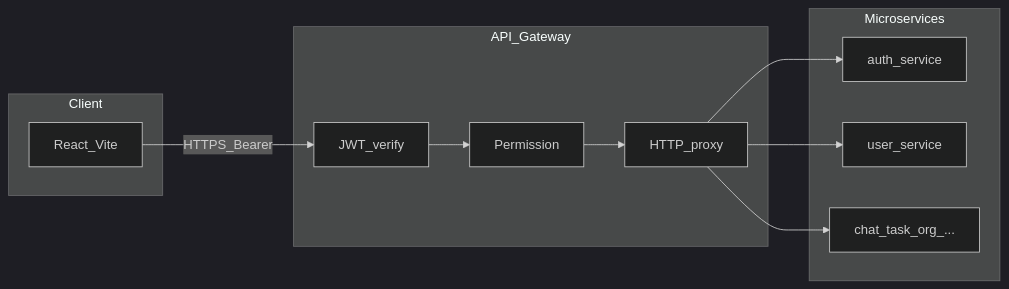
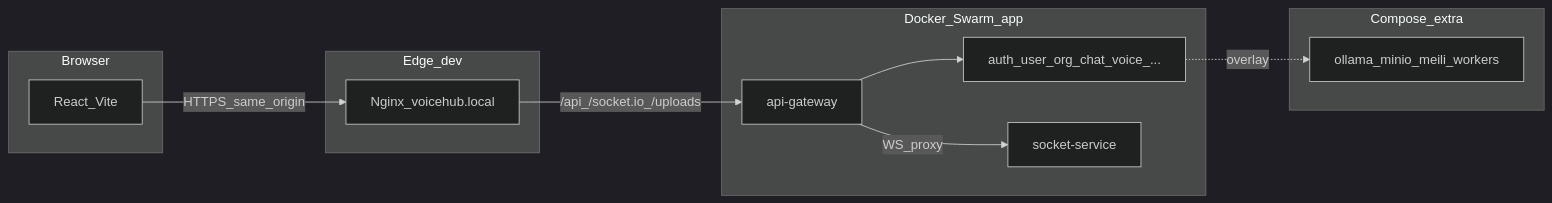
The diagram in README.md (nguyenhuy601/VoiceHub), drawn with Mermaid (dark theme) before and after one commit. The commit also changed other lines of this file and 181 other files, not shown here.

````diff
--- a/README.md
+++ b/README.md
@@ -36,21 +28,22 @@
 ```mermaid
 flowchart LR
-  subgraph client [Client]
+  subgraph browser [Browser]
     SPA[React_Vite]
   end
-  subgraph gw [API_Gateway]
-    JWT[JWT_verify]
-    RBAC[Permission]
-    Proxy[HTTP_proxy]
+  subgraph edge [Edge_dev]
+    NGX[Nginx_voicehub.local]
   end
-  subgraph svc [Microservices]
-    Auth[auth_service]
-    User[user_service]
-    Other[chat_task_org_...]
+  subgraph swarm [Docker_Swarm_app]
+    GW[api-gateway]
+    MS[auth_user_org_chat_voice_...]
+    SOCK[socket-service]
   end
-  SPA -->|HTTPS_Bearer| JWT
-  JWT --> RBAC --> Proxy
-  Proxy --> Auth
-  Proxy --> User
-  Proxy --> Other
+  subgraph extra [Compose_extra]
+    AI[ollama_minio_meili_workers]
+  end
+  SPA -->|HTTPS_same_origin| NGX
+  NGX -->|/api_/socket.io_/uploads| GW
+  GW --> MS
+  GW -->|WS_proxy| SOCK
+  MS -.->|overlay| AI
 ```
````
